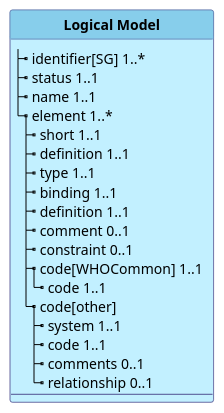
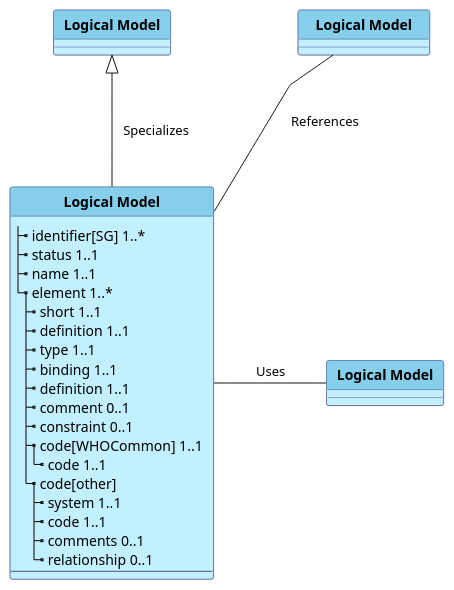
Before and after one commit to WorldHealthOrganization/smart-ig-starter-kit: the diagram in input/images-source/model_logicalmodel.plantuml, drawn with PlantUML. The commit also changed 9 other files, not shown here.

```diff
--- a/input/images-source/model_logicalmodel.plantuml
+++ b/input/images-source/model_logicalmodel.plantuml
@@ -1,46 +1,65 @@
 @startuml
 'skinparam linetype ortho
 skinparam linetype polyline
 hide circle
 hide stereotype
 
 '!pragma layout smetana
 
 skinparam class<<MD>> {
  BorderColor DarkSlateGray
  BackgroundColor WhiteSmoke
  HeaderBackgroundColor #909090
 }
 
 skinparam class<<TM>> {
  BorderColor #505090
  BackgroundColor APPLICATION
  HeaderBackgroundColor SkyBlue
 }
 
-    class "**Logical Model**" as LM<<TM>> {
+    class "**  Logical Model  **" as LM<<TM>> {
         |_ identifier[SG] 1..*   
         |_ status 1..1
         |_ name 1..1
         |_ element 1..*
           |_ short 1..1
           |_ definition 1..1
           |_ type 1..1
           |_ binding 1..1
           |_ definition 1..1
           |_ comment 0..1
           |_ constraint 0..1
           |_ code[WHOCommon] 1..1   
             |_ code 1..1
           |_ code[other]
             |_ system 1..1
             |_ code 1..1
             |_ comments 0..1
             |_ relationship 0..1
         --
     }
 
+    class "**  Logical Model  **" as LMP<<TM>> {
+    }
+ 
+     class "**  Logical Model  **" as LMD<<TM>> {
+    }
+
+
+ class "**    Logical Model    **" as LMR<<TM>> {
+    }
+
+LM -u-|> LMP : "\n\n   Specializes  \n " 
+LM -r- LMD : "       Uses       "
+
+LM -u- LMR : "References"
+
+
+LMP -r[hidden]-|> LMR : "                           "
+LMR -D[hidden]- LMD : "  "
+'LM -u- LMR : "                "
 
 
 
 @enduml
```
